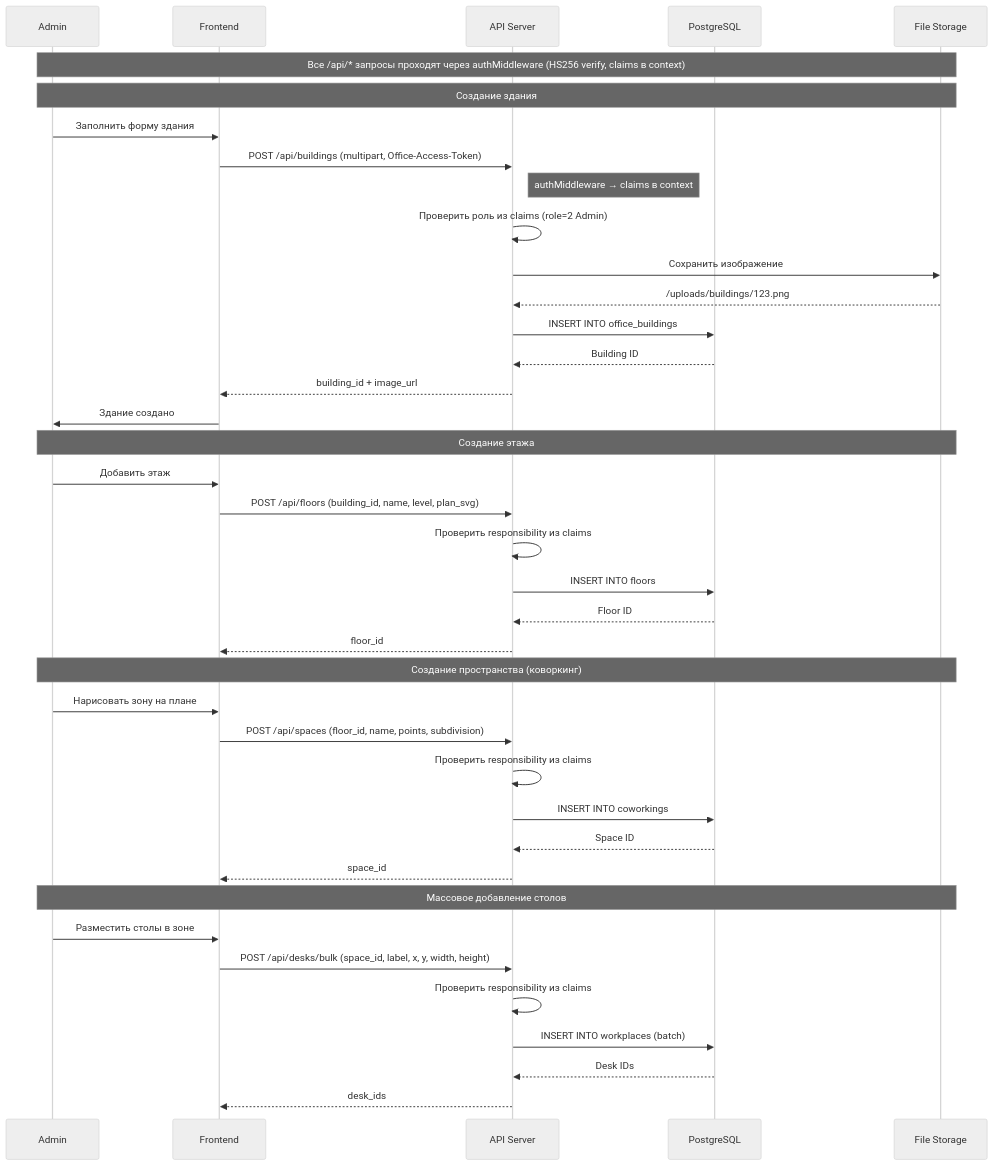
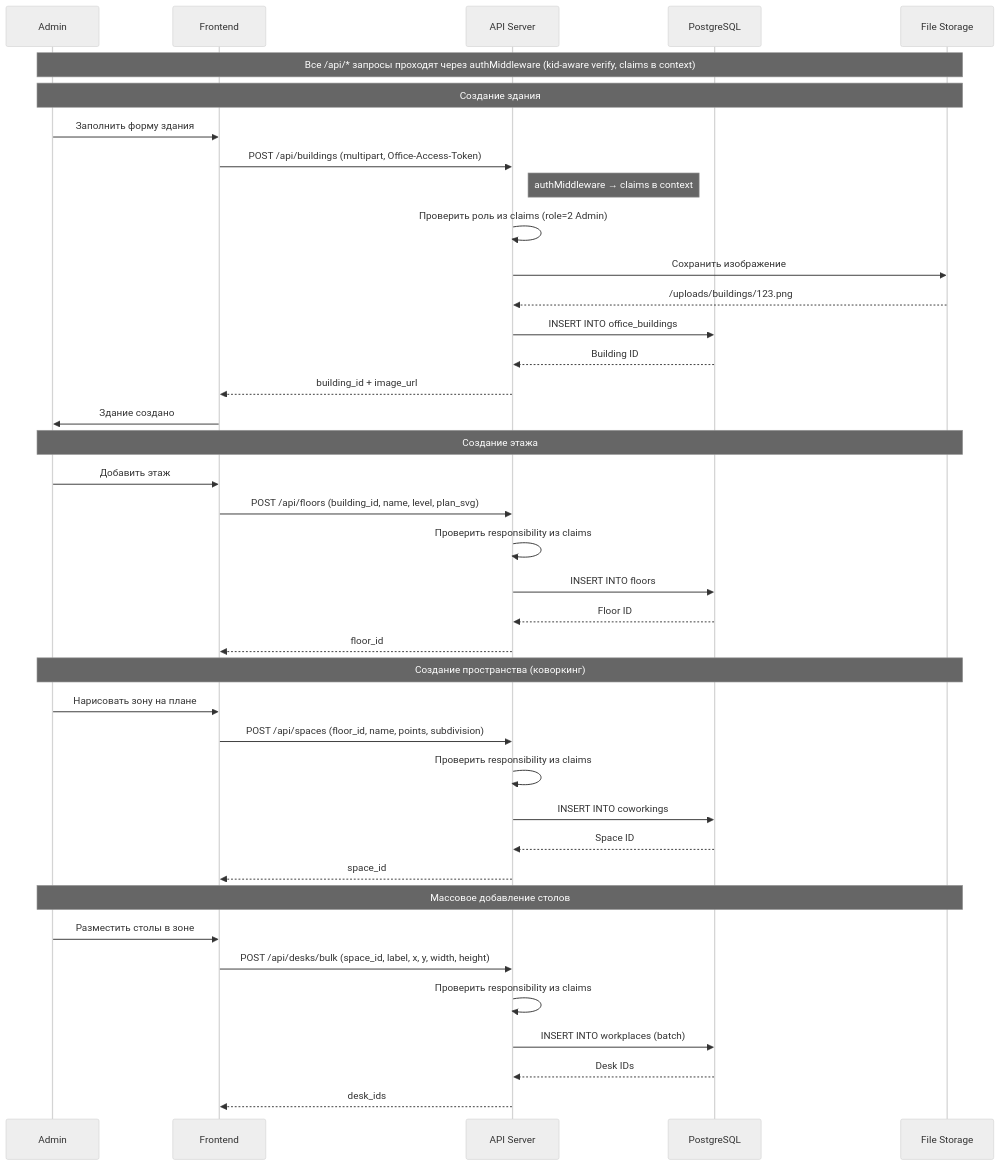
Before and after one commit to radiantbald/office-management: the eighth of 9 diagrams in DATA_FLOW_DIAGRAM.md, drawn with Mermaid (neutral theme). The commit also changed other lines of this file and 11 other files, not shown here.

````diff
--- a/DATA_FLOW_DIAGRAM.md
+++ b/DATA_FLOW_DIAGRAM.md
@@ -340,46 +360,46 @@
 ```mermaid
 sequenceDiagram
     participant A as Admin
     participant F as Frontend
     participant API as API Server
     participant DB as PostgreSQL
     participant FS as File Storage
     
-    Note over A,FS: Все /api/* запросы проходят через authMiddleware (HS256 verify, claims в context)
+    Note over A,FS: Все /api/* запросы проходят через authMiddleware (kid-aware verify, claims в context)
     
     Note over A,FS: Создание здания
     A->>F: Заполнить форму здания
     F->>API: POST /api/buildings (multipart, Office-Access-Token)
     Note right of API: authMiddleware → claims в context
     API->>API: Проверить роль из claims (role=2 Admin)
     API->>FS: Сохранить изображение
     FS-->>API: /uploads/buildings/123.png
     API->>DB: INSERT INTO office_buildings
     DB-->>API: Building ID
     API-->>F: building_id + image_url
     F->>A: Здание создано
     
     Note over A,FS: Создание этажа
     A->>F: Добавить этаж
     F->>API: POST /api/floors (building_id, name, level, plan_svg)
     API->>API: Проверить responsibility из claims
     API->>DB: INSERT INTO floors
     DB-->>API: Floor ID
     API-->>F: floor_id
     
     Note over A,FS: Создание пространства (коворкинг)
     A->>F: Нарисовать зону на плане
     F->>API: POST /api/spaces (floor_id, name, points, subdivision)
     API->>API: Проверить responsibility из claims
     API->>DB: INSERT INTO coworkings
     DB-->>API: Space ID
     API-->>F: space_id
     
     Note over A,FS: Массовое добавление столов
     A->>F: Разместить столы в зоне
     F->>API: POST /api/desks/bulk (space_id, label, x, y, width, height)
     API->>API: Проверить responsibility из claims
     API->>DB: INSERT INTO workplaces (batch)
     DB-->>API: Desk IDs
     API-->>F: desk_ids
 ```
````
